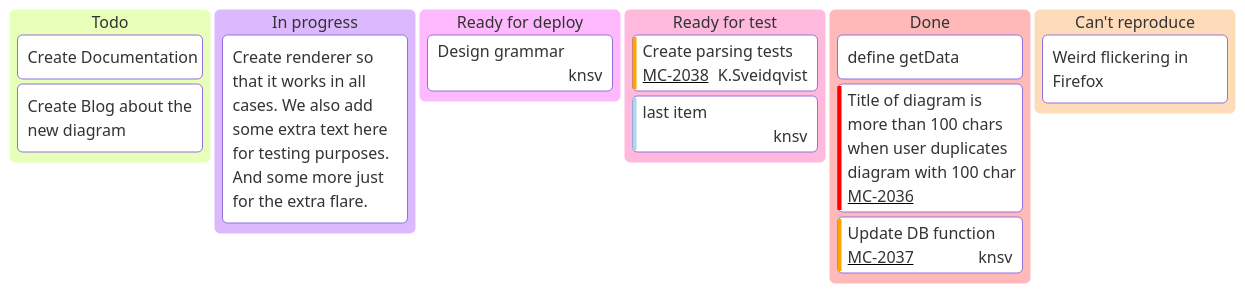
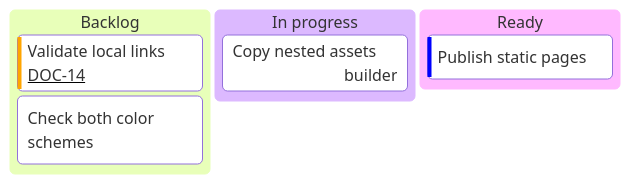
Before and after one commit to fopwoc/GraphiteDraft: the fifth of 6 diagrams in examples/content/features/mermaid.md, drawn with Mermaid. The commit also changed other lines of this file and 45 other files, not shown here.

````diff
--- a/examples/content/features/mermaid.md
+++ b/examples/content/features/mermaid.md
@@ -72,25 +58,15 @@
 ```mermaid
 ---
 config:
-  kanban:
-    ticketBaseUrl: 'https://mermaidchart.atlassian.net/browse/#TICKET#'
+      kanban:
+        ticketBaseUrl: 'https://example.com/issues/#TICKET#'
 ---
 kanban
-  Todo
-    [Create Documentation]
-    docs[Create Blog about the new diagram]
-  [In progress]
-    id6[Create renderer so that it works in all cases. We also add some extra text here for testing purposes. And some more just for the extra flare.]
-  id9[Ready for deploy]
-    id8[Design grammar]@{ assigned: 'knsv' }
-  id10[Ready for test]
-    id4[Create parsing tests]@{ ticket: MC-2038, assigned: 'K.Sveidqvist', priority: 'High' }
-    id66[last item]@{ priority: 'Very Low', assigned: 'knsv' }
-  id11[Done]
-    id5[define getData]
-    id2[Title of diagram is more than 100 chars when user duplicates diagram with 100 char]@{ ticket: MC-2036, priority: 'Very High'}
-    id3[Update DB function]@{ ticket: MC-2037, assigned: knsv, priority: 'High' }
-
-  id12[Can't reproduce]
-    id3[Weird flickering in Firefox]
+  backlog[Backlog]
+    links[Validate local links]@{ ticket: DOC-14, priority: 'High' }
+    themes[Check both color schemes]
+  active[In progress]
+    assets[Copy nested assets]@{ assigned: 'builder' }
+  ready[Ready]
+    pages[Publish static pages]@{ priority: 'Low' }
 ```
````
